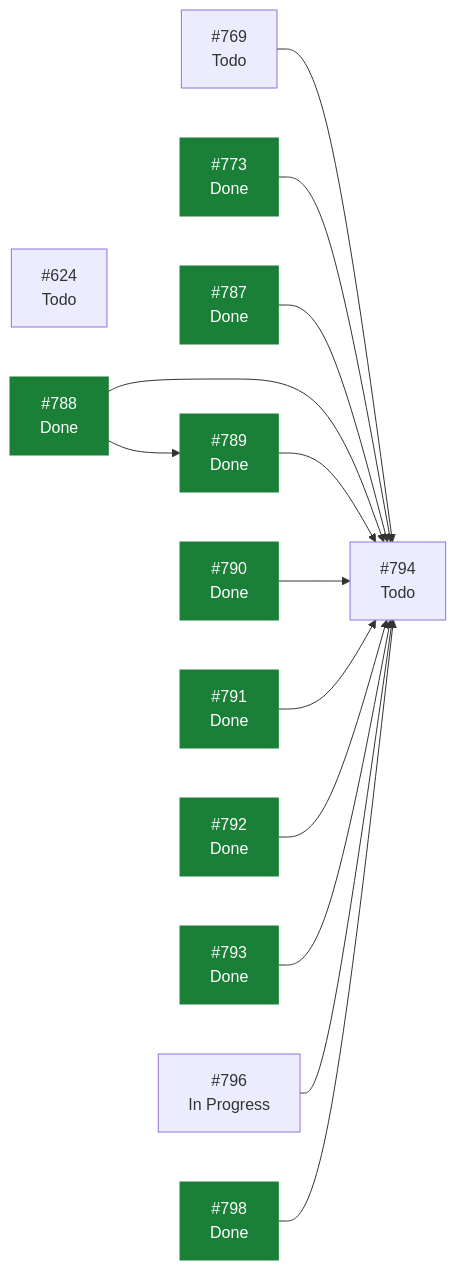
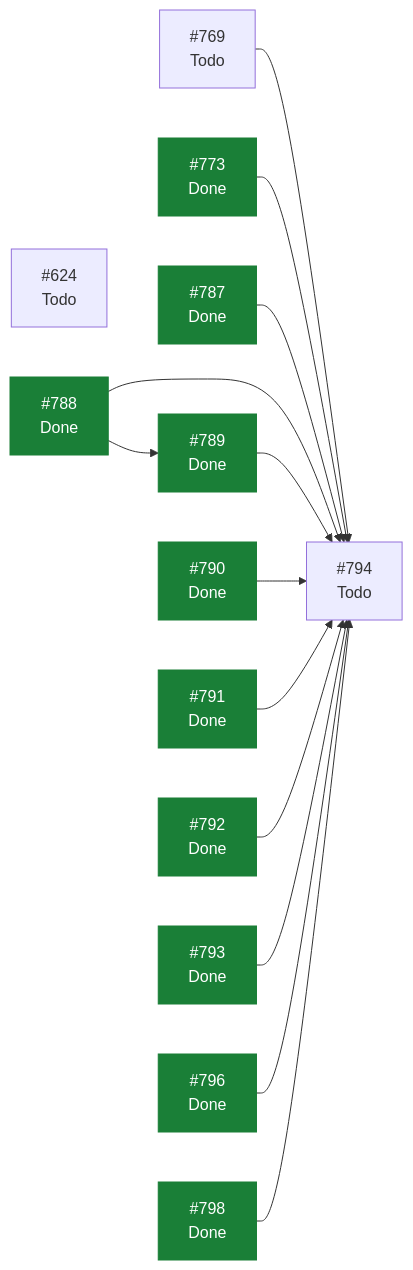
Before and after one commit to ecamp0s/evault: the diagram in docs/planning/STATUS.md, drawn with Mermaid. The commit also changed other lines of this file, not shown here.

````diff
--- a/docs/planning/STATUS.md
+++ b/docs/planning/STATUS.md
@@ -91,30 +90,30 @@
 ```mermaid
 graph LR
   I624["#624<br/>Todo"]
   I769["#769<br/>Todo"]
   I773["#773<br/>Done"]
   I787["#787<br/>Done"]
   I788["#788<br/>Done"]
   I789["#789<br/>Done"]
   I790["#790<br/>Done"]
   I791["#791<br/>Done"]
   I792["#792<br/>Done"]
   I793["#793<br/>Done"]
   I794["#794<br/>Todo"]
-  I796["#796<br/>In Progress"]
+  I796["#796<br/>Done"]
   I798["#798<br/>Done"]
   I769 --> I794
   I773 --> I794
   I787 --> I794
   I788 --> I789
   I788 --> I794
   I789 --> I794
   I790 --> I794
   I791 --> I794
   I792 --> I794
   I793 --> I794
   I796 --> I794
   I798 --> I794
   classDef hecho fill:#1a7f37,stroke:#1a7f37,color:#fff;
-  class I773,I787,I788,I789,I790,I791,I792,I793,I798 hecho;
+  class I773,I787,I788,I789,I790,I791,I792,I793,I796,I798 hecho;
 ```
````
